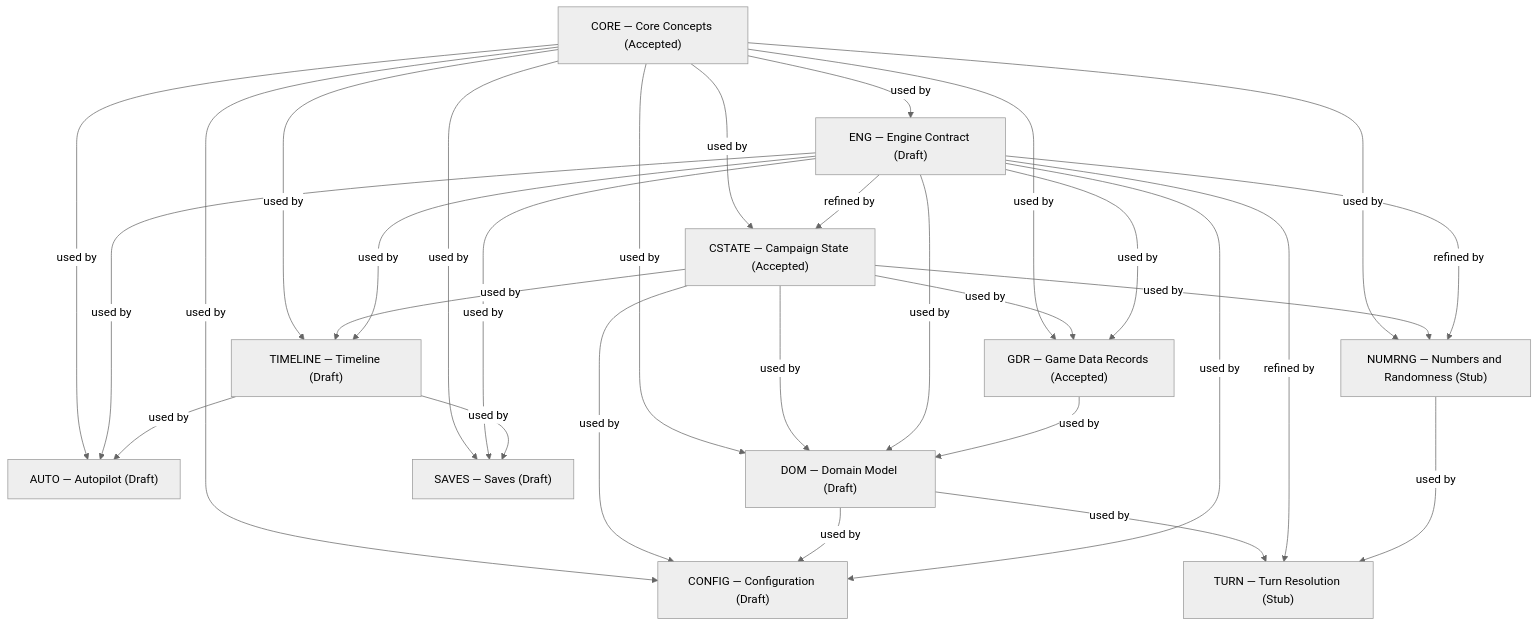
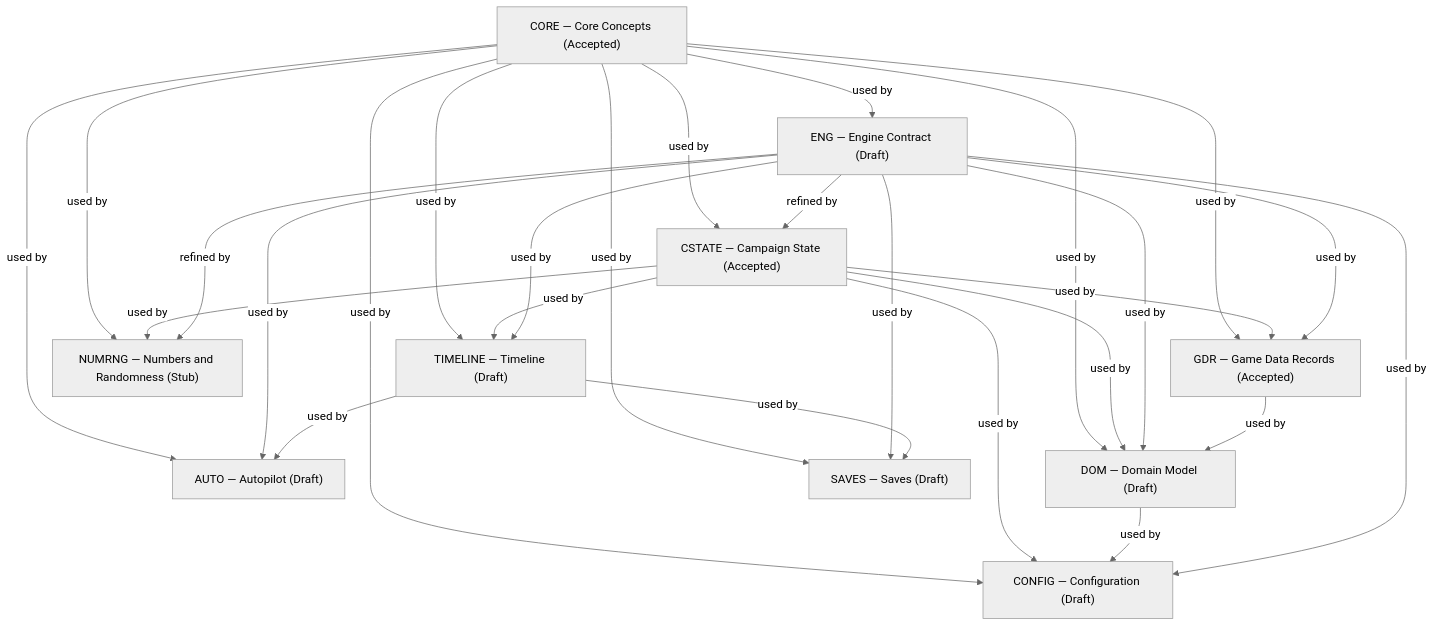
The first of 2 diagrams in docs/specs/foundation/about-foundation.md (konrad-jamrozik/game-v5), drawn with Mermaid (neutral theme) before and after one commit. The commit also changed other lines of this file and 21 other files, not shown here.

First line of the commit message:
Delete Turn Resolution; state the turn-start default in Engine Contract

````diff
--- a/docs/specs/foundation/about-foundation.md
+++ b/docs/specs/foundation/about-foundation.md
@@ -98,43 +92,39 @@
 ```mermaid
 flowchart TD
   AUTO["AUTO — Autopilot (Draft)"]
   CONFIG["CONFIG — Configuration (Draft)"]
   CORE["CORE — Core Concepts (Accepted)"]
   CSTATE["CSTATE — Campaign State (Accepted)"]
   DOM["DOM — Domain Model (Draft)"]
   ENG["ENG — Engine Contract (Draft)"]
   GDR["GDR — Game Data Records (Accepted)"]
   NUMRNG["NUMRNG — Numbers and Randomness (Stub)"]
   SAVES["SAVES — Saves (Draft)"]
   TIMELINE["TIMELINE — Timeline (Draft)"]
-  TURN["TURN — Turn Resolution (Stub)"]
   CORE -->|used by| AUTO
   CORE -->|used by| CONFIG
   CORE -->|used by| CSTATE
   CORE -->|used by| DOM
   CORE -->|used by| ENG
   CORE -->|used by| GDR
   CORE -->|used by| NUMRNG
   CORE -->|used by| SAVES
   CORE -->|used by| TIMELINE
   CSTATE -->|used by| CONFIG
   CSTATE -->|used by| DOM
   CSTATE -->|used by| GDR
   CSTATE -->|used by| NUMRNG
   CSTATE -->|used by| TIMELINE
   DOM -->|used by| CONFIG
-  DOM -->|used by| TURN
   ENG -->|used by| AUTO
   ENG -->|used by| CONFIG
   ENG -->|refined by| CSTATE
   ENG -->|used by| DOM
   ENG -->|used by| GDR
   ENG -->|refined by| NUMRNG
   ENG -->|used by| SAVES
   ENG -->|used by| TIMELINE
-  ENG -->|refined by| TURN
   GDR -->|used by| DOM
-  NUMRNG -->|used by| TURN
   TIMELINE -->|used by| AUTO
   TIMELINE -->|used by| SAVES
 ```
````
